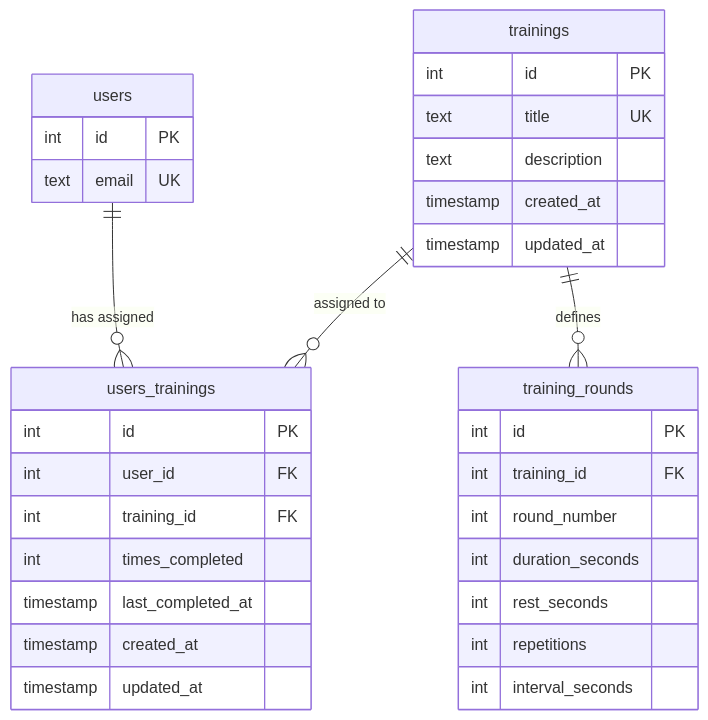
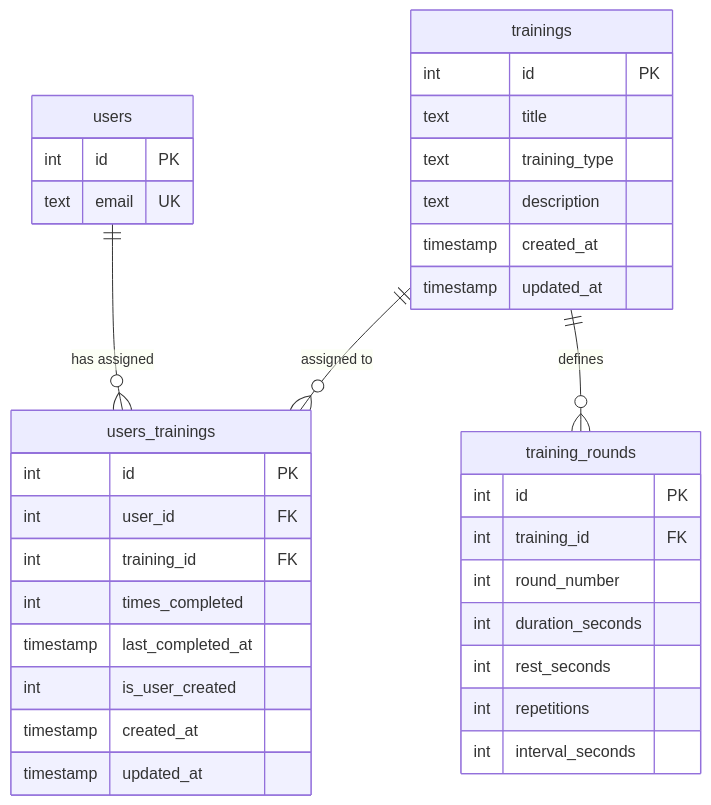
Before and after one commit to DiegoNG90/Ring-app: the diagram in docs/database.md, drawn with Mermaid. The commit also changed other lines of this file and 55 other files, not shown here.

````diff
--- a/docs/database.md
+++ b/docs/database.md
@@ -16,36 +16,38 @@
 ```mermaid
 erDiagram
     users ||--o{ users_trainings : "has assigned"
     trainings ||--o{ users_trainings : "assigned to"
     trainings ||--o{ training_rounds : "defines"
 
     users {
         int id PK
         text email UK
     }
     trainings {
         int id PK
-        text title UK
+        text title
+        text training_type
         text description
         timestamp created_at
         timestamp updated_at
     }
     users_trainings {
         int id PK
         int user_id FK
         int training_id FK
         int times_completed
         timestamp last_completed_at
+        int is_user_created
         timestamp created_at
         timestamp updated_at
     }
     training_rounds {
         int id PK
         int training_id FK
         int round_number
         int duration_seconds
         int rest_seconds
         int repetitions
         int interval_seconds
     }
 ```
````
